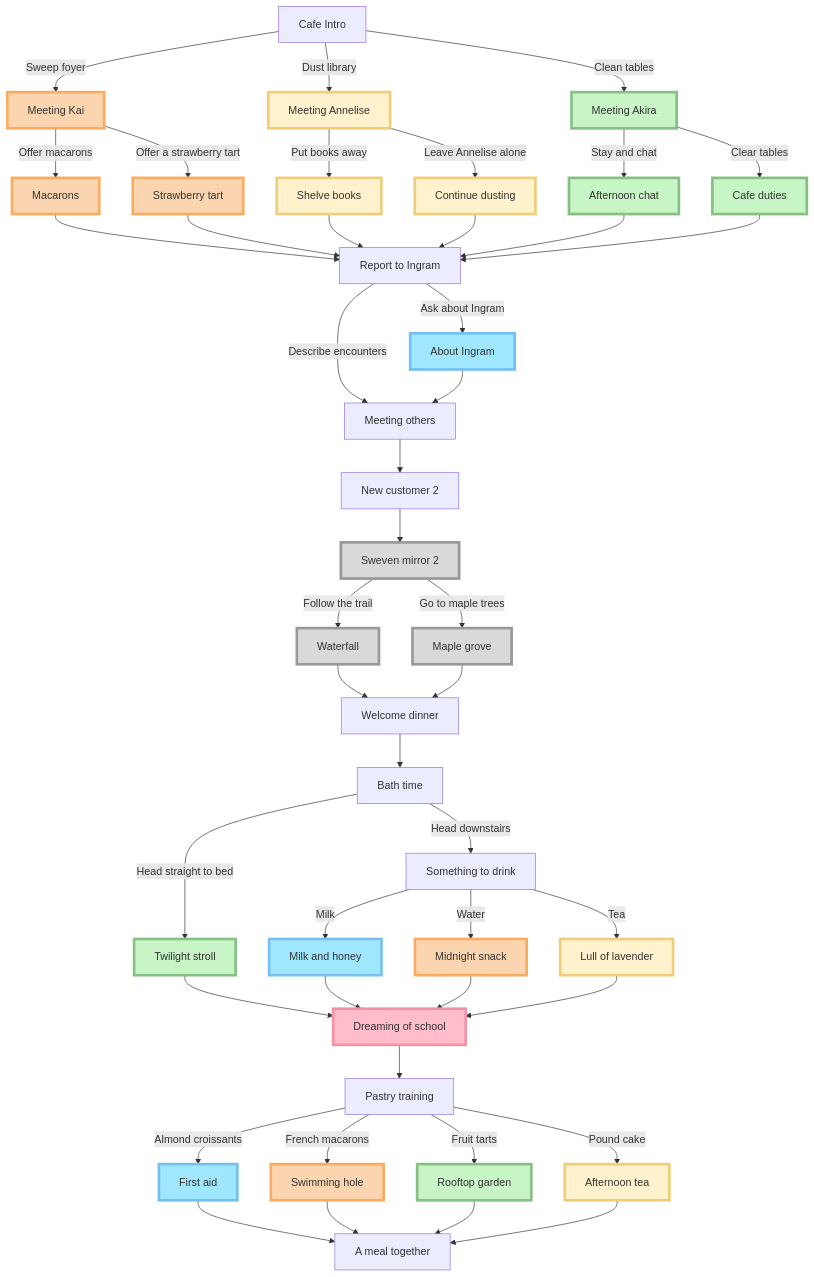
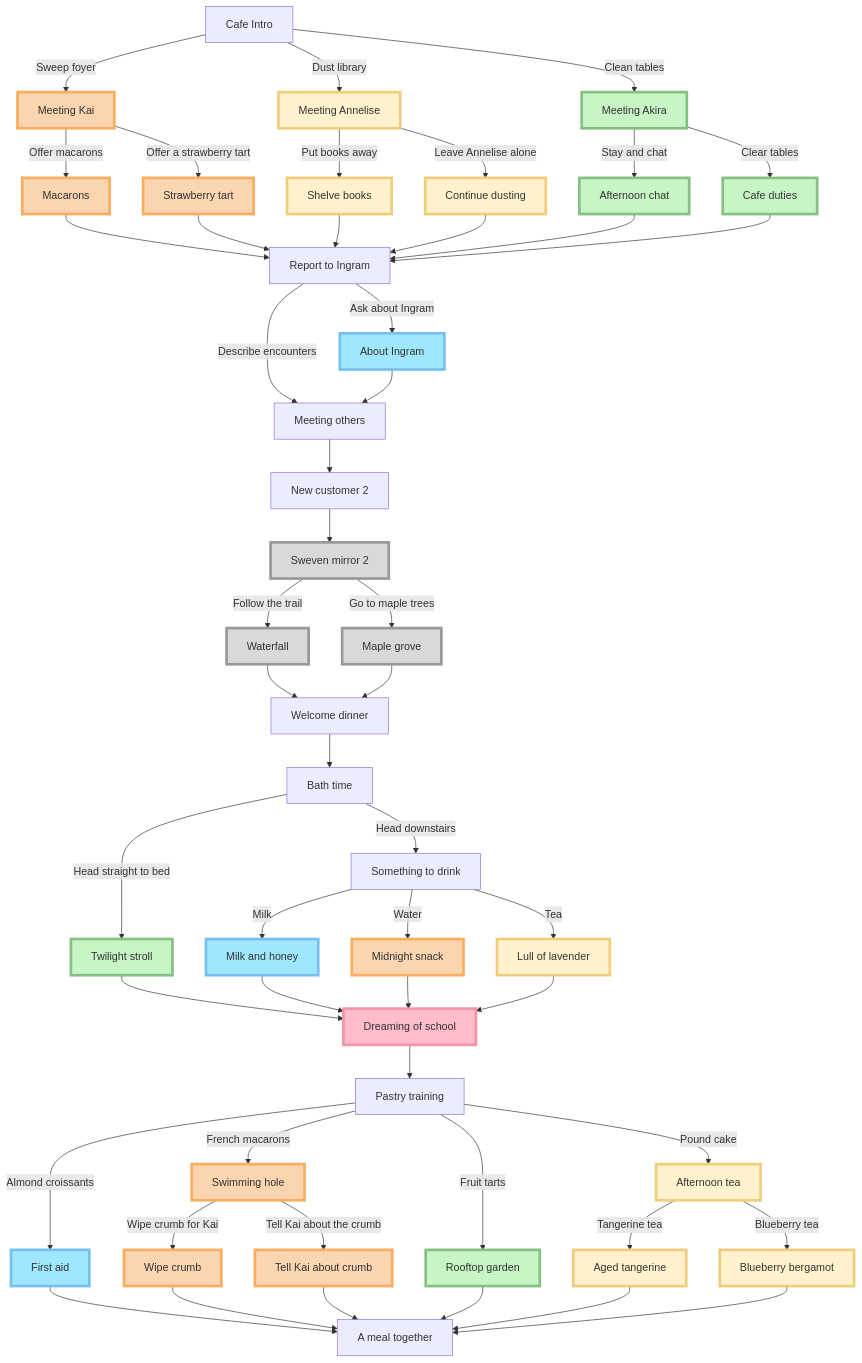
Before and after one commit to milkysan92/nobaros-cafe: the diagram in script/Nobaros Cafe/Chapter 2/Chapter 2 Master.md, drawn with Mermaid. The commit also changed 5 other files, not shown here.

Commit message:
Adjust Obsidian flowcharts for ch 1-4 & add flowchart for Akira ch 5

```diff
--- a/script/Nobaros Cafe/Chapter 2/Chapter 2 Master.md
+++ b/script/Nobaros Cafe/Chapter 2/Chapter 2 Master.md
@@ -31,8 +31,12 @@
 masterchef[Pastry training]
 sweets-ingram[First aid]
 sweets-kai[Swimming hole]
+wipe-crumb[Wipe crumb]
+gesture-crumb[Tell Kai about crumb]
 sweets-akira[Rooftop garden]
 sweets-annelise[Afternoon tea]
+aged-tangerine[Aged tangerine]
+blueberry-bergamot[Blueberry bergamot]
 group-dinner[A meal together]
 
 %% Define node formatting for routes
@@ -68,9 +72,13 @@
 school-dreams-->masterchef
 masterchef--Almond croissants-->sweets-ingram
 masterchef--French macarons-->sweets-kai
+sweets-kai--Wipe crumb for Kai-->wipe-crumb-->group-dinner
+sweets-kai--Tell Kai about the crumb-->gesture-crumb-->group-dinner
 masterchef--Fruit tarts-->sweets-akira
 masterchef--Pound cake-->sweets-annelise
-sweets-ingram & sweets-kai & sweets-akira & sweets-annelise-->group-dinner
+sweets-annelise--Tangerine tea-->aged-tangerine-->group-dinner
+sweets-annelise--Blueberry tea-->blueberry-bergamot-->group-dinner
+sweets-ingram & sweets-akira-->group-dinner
 
 %% Format the routes & link to script files accordingly
 %%---------------------------------------------------------------------------
@@ -87,12 +95,12 @@
 class ingram-job,night-ingram,sweets-ingram internal-link
 
 %% Kai route
-class meet-kai,macarons-kai,strawberry-kai,night-kai,sweets-kai kai-route
-class meet-kai,macarons-kai,strawberry-kai,night-kai,sweets-kai internal-link
+class meet-kai,macarons-kai,strawberry-kai,night-kai,sweets-kai,wipe-crumb,gesture-crumb kai-route
+class meet-kai,macarons-kai,strawberry-kai,night-kai,sweets-kai,wipe-crumb,gesture-crumb internal-link
 
 %% Annelise route
-class meet-annelise,shelve-annelise,dust-annelise,night-annelise,sweets-annelise annelise-route
-class meet-annelise,shelve-annelise,dust-annelise,night-annelise,sweets-annelise internal-link
+class meet-annelise,shelve-annelise,dust-annelise,night-annelise,sweets-annelise,aged-tangerine,blueberry-bergamot annelise-route
+class meet-annelise,shelve-annelise,dust-annelise,night-annelise,sweets-annelise,aged-tangerine,blueberry-bergamot internal-link
 
 %% Akira route
 class meet-akira,clean-akira,chat-akira,night-akira,sweets-akira akira-route
```
